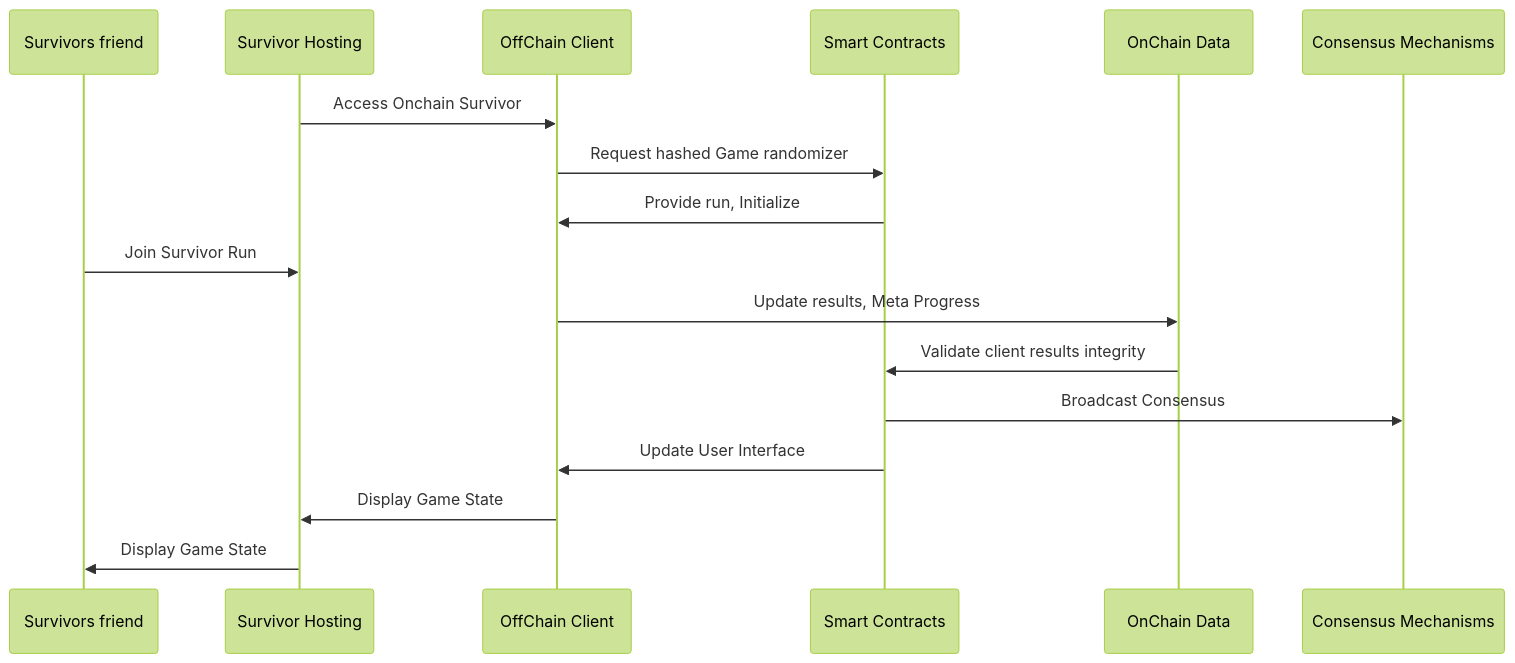
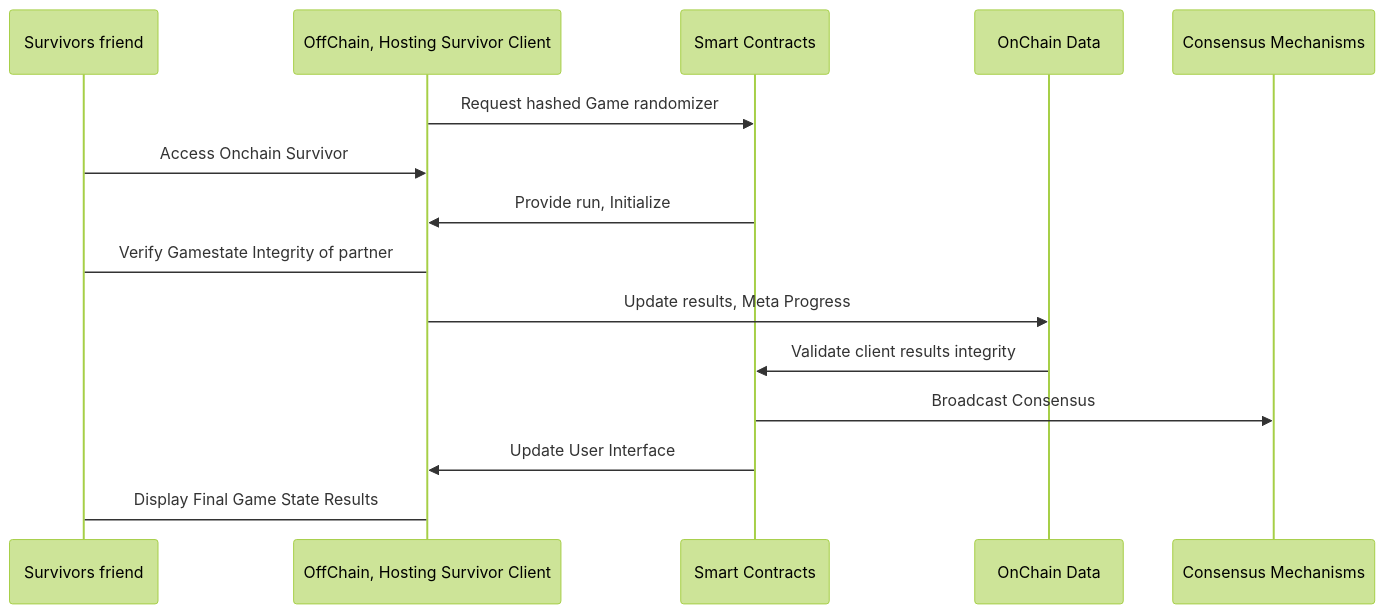
The first of 2 diagrams in README.md (OnChainSurvivor/OnChainSurvivor), drawn with Mermaid (forest theme) before and after one commit. The commit also changed 2 other files, not shown here.

Commit message:
Final design ?

````diff
--- a/README.md
+++ b/README.md
@@ -90,20 +41,17 @@
 ```mermaid
 sequenceDiagram
-    participant User2 as Survivors friend
-    participant User as Survivor Hosting
-    participant Client as OffChain Client
+    participant User as Survivors friend
+    participant Client as OffChain, Hosting Survivor Client
     participant SmartContract as Smart Contracts
     participant OnChainData as OnChain Data
     participant Consensus as Consensus Mechanisms
-    
+    Client ->> SmartContract: Request hashed Game randomizer
     User ->> Client: Access Onchain Survivor
-    Client ->> SmartContract: Request hashed Game randomizer
     SmartContract ->> Client: Provide run, Initialize
-    User2 ->> User: Join Survivor Run
+    User -> Client: Verify Gamestate Integrity of partner
     Client ->> OnChainData: Update results, Meta Progress
     OnChainData ->> SmartContract: Validate client results integrity
     SmartContract ->> Consensus: Broadcast Consensus
     SmartContract ->> Client: Update User Interface
-    Client ->> User: Display Game State
-    User ->> User2: Display Game State
+    Client -> User: Display Final Game State Results
 ```
````
